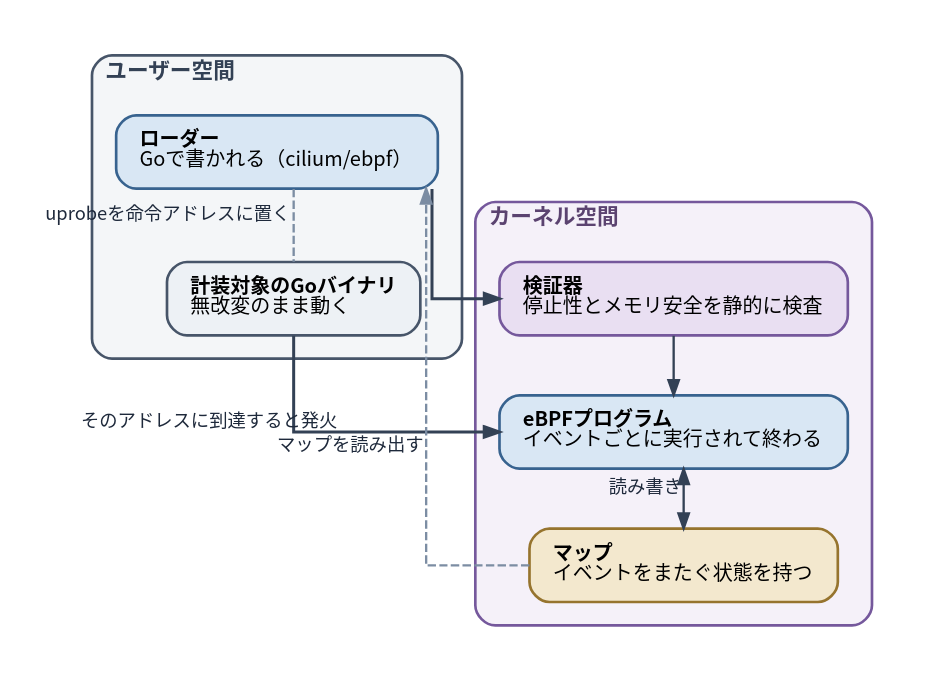
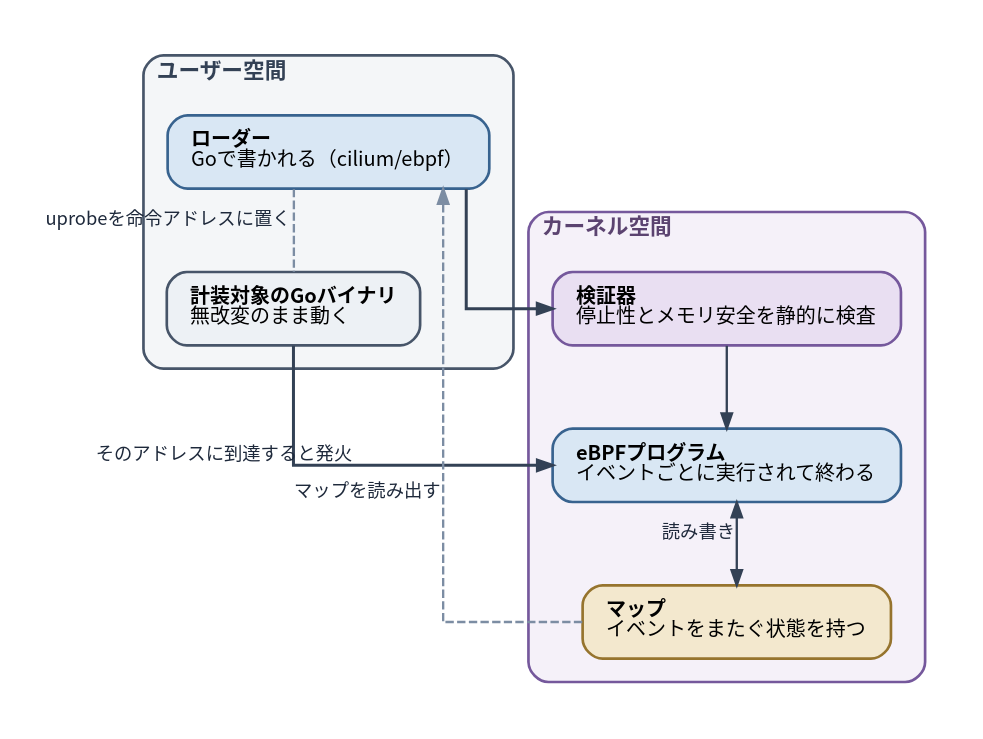
Before and after one commit to ymotongpoo/zenn.dev: the diagram in diagrams/go-ebpf-primer/20260820-ebpf-overview.dot, drawn with Graphviz. The commit also changed 25 other files, not shown here.

First line of the commit message:
fix: 矢印の貫通・先端埋没・角丸切れ・窮屈さを修正（13図）

```diff
--- a/diagrams/go-ebpf-primer/20260820-ebpf-overview.dot
+++ b/diagrams/go-ebpf-primer/20260820-ebpf-overview.dot
@@ -1,52 +1,53 @@
 // eBPFの全体像
 digraph ebpf_overview {
   graph [
     rankdir=TB, splines=ortho, compound=true,
     fontname="Harano Aji Gothic,Noto Sans CJK JP,IPAGothic", fontsize=13,
+    nodesep=1.1, ranksep=0.7,
     bgcolor="white", pad=0.25
   ];
   node [
     fontname="Harano Aji Gothic,Noto Sans CJK JP,IPAGothic", fontsize=12,
     shape=box, style="rounded,filled",
     fillcolor="#F1F5F9", color="#475569", penwidth=1.6,
     margin="0.2,0.14"
   ];
   edge [
     fontname="Harano Aji Gothic,Noto Sans CJK JP,IPAGothic", fontsize=11,
     color="#334155", penwidth=1.4, arrowsize=0.9,
     fontcolor="#1E293B"
   ];
 
   subgraph cluster_user {
     label=<<b>ユーザー空間</b>>;
     style="rounded"; labeljust="l"; penwidth=1.6; margin=14;
     color="#475569"; fontcolor="#334155"; bgcolor="#F4F6F8";
 
     loader [label=<<b>ローダー</b><br align="left"/>Goで書かれる（cilium/ebpf）<br align="left"/>>,
             fillcolor="#D9E7F4", color="#38638F"];
     target [label=<<b>計装対象のGoバイナリ</b><br align="left"/>無改変のまま動く<br align="left"/>>,
             fillcolor="#EDF1F5"];
 
     loader -> target [dir=none, style=dashed, color="#7C8DA3", xlabel="uprobeを命令アドレスに置く"];
   }
 
   subgraph cluster_kernel {
     label=<<b>カーネル空間</b>>;
     style="rounded"; labeljust="l"; penwidth=1.6; margin=14;
     color="#75589C"; fontcolor="#5B4370"; bgcolor="#F5F1F9";
 
     verifier [label=<<b>検証器</b><br align="left"/>停止性とメモリ安全を静的に検査<br align="left"/>>,
               fillcolor="#E9DFF2", color="#75589C"];
     prog [label=<<b>eBPFプログラム</b><br align="left"/>イベントごとに実行されて終わる<br align="left"/>>,
           fillcolor="#D9E7F4", color="#38638F"];
     map [label=<<b>マップ</b><br align="left"/>イベントをまたぐ状態を持つ<br align="left"/>>,
         fillcolor="#F3E8CE", color="#96742E"];
 
     verifier -> prog;
     prog -> map [dir=both, xlabel="読み書き"];
   }
 
   loader -> verifier [penwidth=1.8];
   target -> prog [penwidth=1.8, xlabel="そのアドレスに到達すると発火"];
   map -> loader [style=dashed, color="#7C8DA3", xlabel="マップを読み出す"];
 }
```
